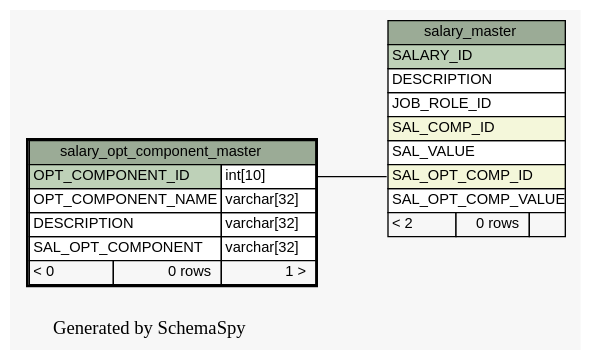
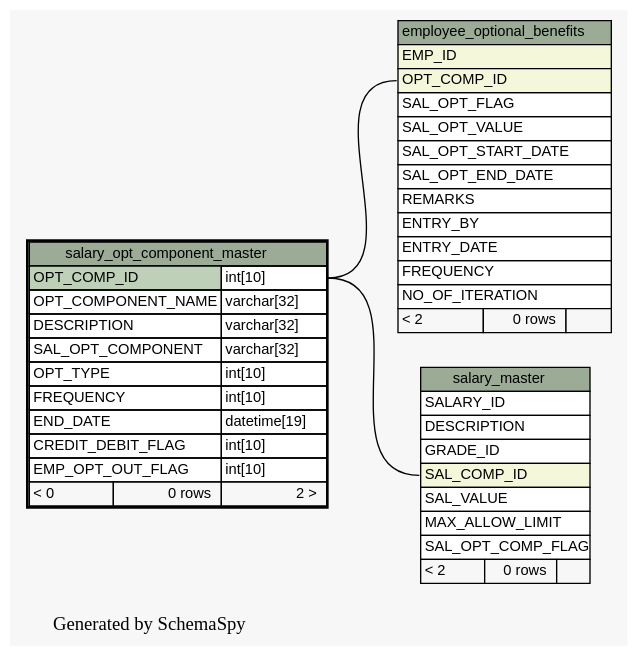
One commit to engineerscraft/hrms changed the diagram in docs/database/schemaspy/graphs/salary_opt_component_master.1degree.dot. Above: the diagram before and after it, drawn with Graphviz. The commit also changed 168 other files, not shown here.

Commit message:
Database script modified and schemaspy doc generated

```diff
--- a/docs/database/schemaspy/graphs/salary_opt_component_master.1degree.dot
+++ b/docs/database/schemaspy/graphs/salary_opt_component_master.1degree.dot
@@ -1,47 +1,73 @@
 // dot 2.38.0 on Windows 7 6.1
 digraph "oneDegreeRelationshipsGraph" {
   graph [
     rankdir="RL"
     bgcolor="#f7f7f7"
     label="\nGenerated by SchemaSpy"
     labeljust="l"
   ];
   node [
     fontname="Helvetica"
     fontsize="11"
     shape="plaintext"
   ];
   edge [
     arrowsize="0.8"
   ];
-  "salary_master":"SAL_OPT_COMP_ID":w -> "salary_opt_component_master":"OPT_COMPONENT_ID.type":e [arrowtail=crowodot arrowhead=none];
+  "employee_optional_benefits":"OPT_COMP_ID":w -> "salary_opt_component_master":"OPT_COMP_ID.type":e [arrowtail=crowodot arrowhead=none];
+  "salary_master":"SAL_COMP_ID":w -> "salary_opt_component_master":"OPT_COMP_ID.type":e [arrowtail=crowodot arrowhead=none];
+  "employee_optional_benefits" [
+    label=<
+    <TABLE BORDER="0" CELLBORDER="1" CELLSPACING="0" BGCOLOR="#ffffff">
+      <TR><TD PORT="employee_optional_benefits.heading" COLSPAN="3" BGCOLOR="#9bab96" ALIGN="CENTER">employee_optional_benefits</TD></TR>
+      <TR><TD PORT="EMP_ID" COLSPAN="3" BGCOLOR="#f4f7da" ALIGN="LEFT">EMP_ID</TD></TR>
+      <TR><TD PORT="OPT_COMP_ID" COLSPAN="3" BGCOLOR="#f4f7da" ALIGN="LEFT">OPT_COMP_ID</TD></TR>
+      <TR><TD PORT="SAL_OPT_FLAG" COLSPAN="3" ALIGN="LEFT">SAL_OPT_FLAG</TD></TR>
+      <TR><TD PORT="SAL_OPT_VALUE" COLSPAN="3" ALIGN="LEFT">SAL_OPT_VALUE</TD></TR>
+      <TR><TD PORT="SAL_OPT_START_DATE" COLSPAN="3" ALIGN="LEFT">SAL_OPT_START_DATE</TD></TR>
+      <TR><TD PORT="SAL_OPT_END_DATE" COLSPAN="3" ALIGN="LEFT">SAL_OPT_END_DATE</TD></TR>
+      <TR><TD PORT="REMARKS" COLSPAN="3" ALIGN="LEFT">REMARKS</TD></TR>
+      <TR><TD PORT="ENTRY_BY" COLSPAN="3" ALIGN="LEFT">ENTRY_BY</TD></TR>
+      <TR><TD PORT="ENTRY_DATE" COLSPAN="3" ALIGN="LEFT">ENTRY_DATE</TD></TR>
+      <TR><TD PORT="FREQUENCY" COLSPAN="3" ALIGN="LEFT">FREQUENCY</TD></TR>
+      <TR><TD PORT="NO_OF_ITERATION" COLSPAN="3" ALIGN="LEFT">NO_OF_ITERATION</TD></TR>
+      <TR><TD ALIGN="LEFT" BGCOLOR="#f7f7f7">&lt; 2</TD><TD ALIGN="RIGHT" BGCOLOR="#f7f7f7">0 rows</TD><TD ALIGN="RIGHT" BGCOLOR="#f7f7f7">  </TD></TR>
+    </TABLE>>
+    URL="employee_optional_benefits.html#graph"
+    tooltip="employee_optional_benefits"
+  ];
   "salary_master" [
     label=<
     <TABLE BORDER="0" CELLBORDER="1" CELLSPACING="0" BGCOLOR="#ffffff">
       <TR><TD PORT="salary_master.heading" COLSPAN="3" BGCOLOR="#9bab96" ALIGN="CENTER">salary_master</TD></TR>
-      <TR><TD PORT="SALARY_ID" COLSPAN="3" BGCOLOR="#bed1b8" ALIGN="LEFT">SALARY_ID</TD></TR>
+      <TR><TD PORT="SALARY_ID" COLSPAN="3" ALIGN="LEFT">SALARY_ID</TD></TR>
       <TR><TD PORT="DESCRIPTION" COLSPAN="3" ALIGN="LEFT">DESCRIPTION</TD></TR>
-      <TR><TD PORT="JOB_ROLE_ID" COLSPAN="3" ALIGN="LEFT">JOB_ROLE_ID</TD></TR>
+      <TR><TD PORT="GRADE_ID" COLSPAN="3" ALIGN="LEFT">GRADE_ID</TD></TR>
       <TR><TD PORT="SAL_COMP_ID" COLSPAN="3" BGCOLOR="#f4f7da" ALIGN="LEFT">SAL_COMP_ID</TD></TR>
       <TR><TD PORT="SAL_VALUE" COLSPAN="3" ALIGN="LEFT">SAL_VALUE</TD></TR>
-      <TR><TD PORT="SAL_OPT_COMP_ID" COLSPAN="3" BGCOLOR="#f4f7da" ALIGN="LEFT">SAL_OPT_COMP_ID</TD></TR>
-      <TR><TD PORT="SAL_OPT_COMP_VALUE" COLSPAN="3" ALIGN="LEFT">SAL_OPT_COMP_VALUE</TD></TR>
+      <TR><TD PORT="MAX_ALLOW_LIMIT" COLSPAN="3" ALIGN="LEFT">MAX_ALLOW_LIMIT</TD></TR>
+      <TR><TD PORT="SAL_OPT_COMP_FLAG" COLSPAN="3" ALIGN="LEFT">SAL_OPT_COMP_FLAG</TD></TR>
       <TR><TD ALIGN="LEFT" BGCOLOR="#f7f7f7">&lt; 2</TD><TD ALIGN="RIGHT" BGCOLOR="#f7f7f7">0 rows</TD><TD ALIGN="RIGHT" BGCOLOR="#f7f7f7">  </TD></TR>
     </TABLE>>
     URL="salary_master.html#graph"
     tooltip="salary_master"
   ];
   "salary_opt_component_master" [
     label=<
     <TABLE BORDER="2" CELLBORDER="1" CELLSPACING="0" BGCOLOR="#ffffff">
       <TR><TD PORT="salary_opt_component_master.heading" COLSPAN="3" BGCOLOR="#9bab96" ALIGN="CENTER">salary_opt_component_master</TD></TR>
-      <TR><TD PORT="OPT_COMPONENT_ID" COLSPAN="2" BGCOLOR="#bed1b8" ALIGN="LEFT">OPT_COMPONENT_ID</TD><TD PORT="OPT_COMPONENT_ID.type" ALIGN="LEFT">int[10]</TD></TR>
+      <TR><TD PORT="OPT_COMP_ID" COLSPAN="2" BGCOLOR="#bed1b8" ALIGN="LEFT">OPT_COMP_ID</TD><TD PORT="OPT_COMP_ID.type" ALIGN="LEFT">int[10]</TD></TR>
       <TR><TD PORT="OPT_COMPONENT_NAME" COLSPAN="2" ALIGN="LEFT">OPT_COMPONENT_NAME</TD><TD PORT="OPT_COMPONENT_NAME.type" ALIGN="LEFT">varchar[32]</TD></TR>
       <TR><TD PORT="DESCRIPTION" COLSPAN="2" ALIGN="LEFT">DESCRIPTION</TD><TD PORT="DESCRIPTION.type" ALIGN="LEFT">varchar[32]</TD></TR>
       <TR><TD PORT="SAL_OPT_COMPONENT" COLSPAN="2" ALIGN="LEFT">SAL_OPT_COMPONENT</TD><TD PORT="SAL_OPT_COMPONENT.type" ALIGN="LEFT">varchar[32]</TD></TR>
-      <TR><TD ALIGN="LEFT" BGCOLOR="#f7f7f7">&lt; 0</TD><TD ALIGN="RIGHT" BGCOLOR="#f7f7f7">0 rows</TD><TD ALIGN="RIGHT" BGCOLOR="#f7f7f7">1 &gt;</TD></TR>
+      <TR><TD PORT="OPT_TYPE" COLSPAN="2" ALIGN="LEFT">OPT_TYPE</TD><TD PORT="OPT_TYPE.type" ALIGN="LEFT">int[10]</TD></TR>
+      <TR><TD PORT="FREQUENCY" COLSPAN="2" ALIGN="LEFT">FREQUENCY</TD><TD PORT="FREQUENCY.type" ALIGN="LEFT">int[10]</TD></TR>
+      <TR><TD PORT="END_DATE" COLSPAN="2" ALIGN="LEFT">END_DATE</TD><TD PORT="END_DATE.type" ALIGN="LEFT">datetime[19]</TD></TR>
+      <TR><TD PORT="CREDIT_DEBIT_FLAG" COLSPAN="2" ALIGN="LEFT">CREDIT_DEBIT_FLAG</TD><TD PORT="CREDIT_DEBIT_FLAG.type" ALIGN="LEFT">int[10]</TD></TR>
+      <TR><TD PORT="EMP_OPT_OUT_FLAG" COLSPAN="2" ALIGN="LEFT">EMP_OPT_OUT_FLAG</TD><TD PORT="EMP_OPT_OUT_FLAG.type" ALIGN="LEFT">int[10]</TD></TR>
+      <TR><TD ALIGN="LEFT" BGCOLOR="#f7f7f7">&lt; 0</TD><TD ALIGN="RIGHT" BGCOLOR="#f7f7f7">0 rows</TD><TD ALIGN="RIGHT" BGCOLOR="#f7f7f7">2 &gt;</TD></TR>
     </TABLE>>
     URL="salary_opt_component_master.html#"
     tooltip="salary_opt_component_master"
   ];
 }
```
